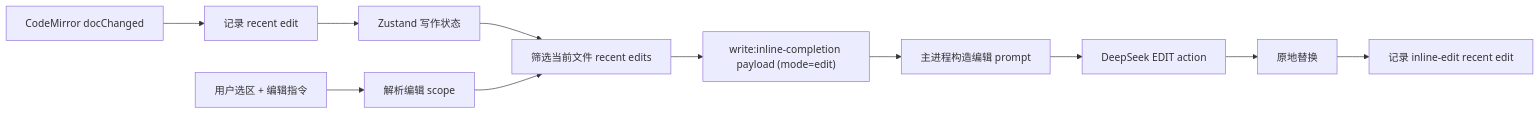
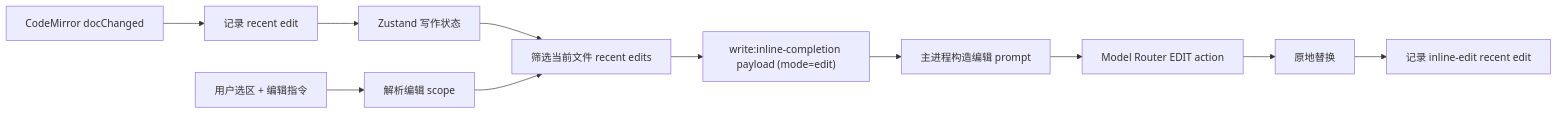
The diagram in docs/WRITE_INLINE_EDIT_RECENT_EDITS.zh-CN.md (XinyuZheng1878/SciForge-reproduction-), drawn with Mermaid before and after one commit. The commit also changed other lines of this file and 333 other files, not shown here.

Commit message:
chore: simplify legacy runtime and remote channel flows

````diff
--- a/docs/WRITE_INLINE_EDIT_RECENT_EDITS.zh-CN.md
+++ b/docs/WRITE_INLINE_EDIT_RECENT_EDITS.zh-CN.md
@@ -148,13 +148,13 @@
 ```mermaid
 flowchart LR
   A["CodeMirror docChanged"] --> B["记录 recent edit"]
   B --> C["Zustand 写作状态"]
   D["用户选区 + 编辑指令"] --> E["解析编辑 scope"]
   C --> F["筛选当前文件 recent edits"]
   E --> F
   F --> G["write:inline-completion payload (mode=edit)"]
   G --> H["主进程构造编辑 prompt"]
-  H --> I["DeepSeek EDIT action"]
+  H --> I["Model Router EDIT action"]
   I --> J["原地替换"]
   J --> K["记录 inline-edit recent edit"]
 ```
````
